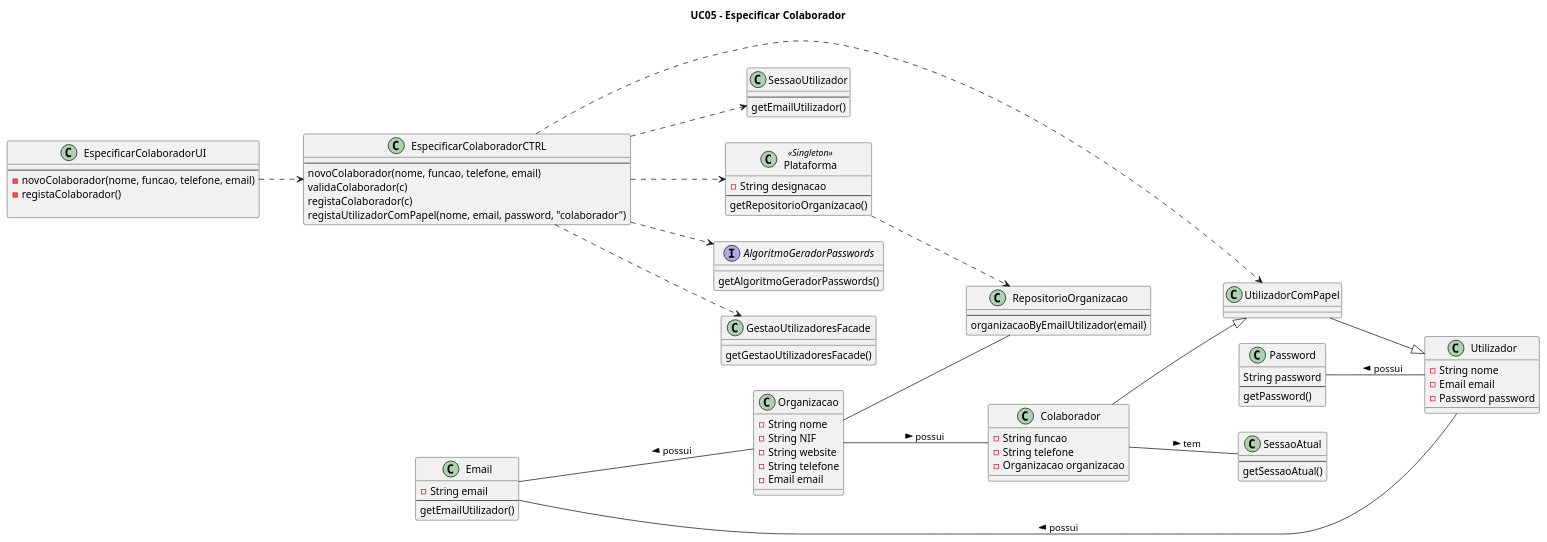
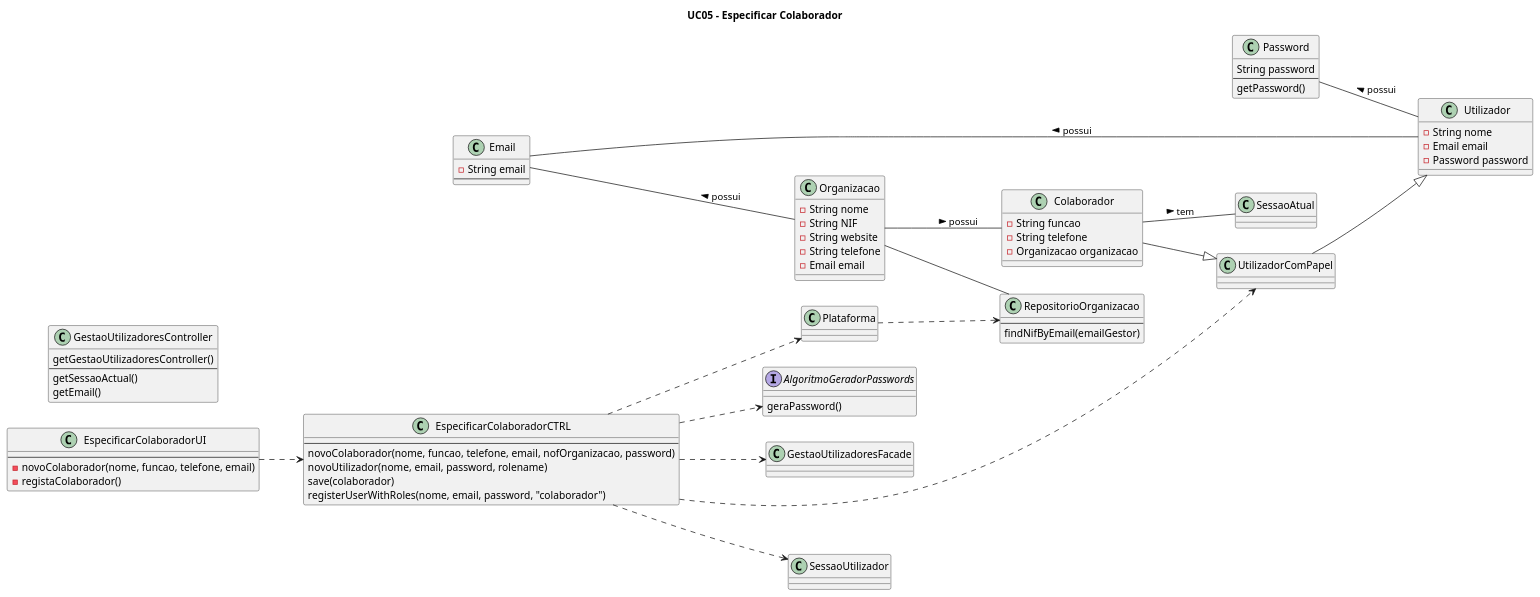
The diagram in Documentação/Sprint 2/UC05_Especificar_Colaborador_Organizacao/UC05_Especificar_Colaborador_Diagrama_Classes.puml (blestonbandeiraUPSKILL/upskill_java1_labprg_grupo2), drawn with PlantUML before and after one commit. The commit also changed 10 other files, not shown here.

```diff
--- a/Documentação/Sprint 2/UC05_Especificar_Colaborador_Organizacao/UC05_Especificar_Colaborador_Diagrama_Classes.puml
+++ b/Documentação/Sprint 2/UC05_Especificar_Colaborador_Organizacao/UC05_Especificar_Colaborador_Diagrama_Classes.puml
@@ -1,104 +1,86 @@
 @startuml
 
 title UC05 - Especificar Colaborador
 
 left to right direction
 
-class Plataforma <<Singleton>> {
-    -String designacao
-    --
-    getRepositorioOrganizacao()
-}
 
 class EspecificarColaboradorUI{
     --
     -novoColaborador(nome, funcao, telefone, email)
     -registaColaborador()
-
 }
 
 class EspecificarColaboradorCTRL{
     --
-    novoColaborador(nome, funcao, telefone, email)
-    validaColaborador(c)
-    registaColaborador(c)
-    registaUtilizadorComPapel(nome, email, password, "colaborador")
+    novoColaborador(nome, funcao, telefone, email, nofOrganizacao, password)
+    novoUtilizador(nome, email, password, rolename)
+    save(colaborador)
+    registerUserWithRoles(nome, email, password, "colaborador")
 }
 
 class Organizacao {
     -String nome
     -String NIF
     -String website
     -String telefone
     -Email email
 }
 
 class Colaborador {
     -String funcao
     -String telefone
     -Organizacao organizacao
 }
 
 class Utilizador {
     -String nome
     -Email email
     -Password password
 }
 
-class GestaoUtilizadoresFacade{
-    getGestaoUtilizadoresFacade()
-}
-
-class SessaoAtual{
+class GestaoUtilizadoresController{
+    getGestaoUtilizadoresController()
     --
-    getSessaoAtual()
-}
-
-class SessaoUtilizador{
-    --
-    getEmailUtilizador()
+    getSessaoActual()
+    getEmail()
 }
 
 class RepositorioOrganizacao{
     --
-    organizacaoByEmailUtilizador(email)
+    findNifByEmail(emailGestor)
 }
 
 interface AlgoritmoGeradorPasswords{
-    getAlgoritmoGeradorPasswords()
+    geraPassword()
 }
 
 class Password{
     String password
     --
     getPassword()
 }
 
-class UtilizadorComPapel{
-}
-
-
 class Email {
     -String email
     --
-    getEmailUtilizador()
 }
 
 EspecificarColaboradorUI ..> EspecificarColaboradorCTRL
 EspecificarColaboradorCTRL ..> Plataforma
 EspecificarColaboradorCTRL ..> GestaoUtilizadoresFacade
 EspecificarColaboradorCTRL ..> SessaoUtilizador
 Organizacao -- Colaborador: possui >
 Colaborador --|> UtilizadorComPapel
 UtilizadorComPapel --|> Utilizador
 Email -- Utilizador: < possui
 Password -- Utilizador: < possui
 Email -- Organizacao: < possui
 Organizacao -- RepositorioOrganizacao
 Colaborador -- SessaoAtual: tem >
 EspecificarColaboradorCTRL ..> UtilizadorComPapel
 EspecificarColaboradorCTRL ..> AlgoritmoGeradorPasswords
 Plataforma ..> RepositorioOrganizacao
 
 
 @enduml
```
